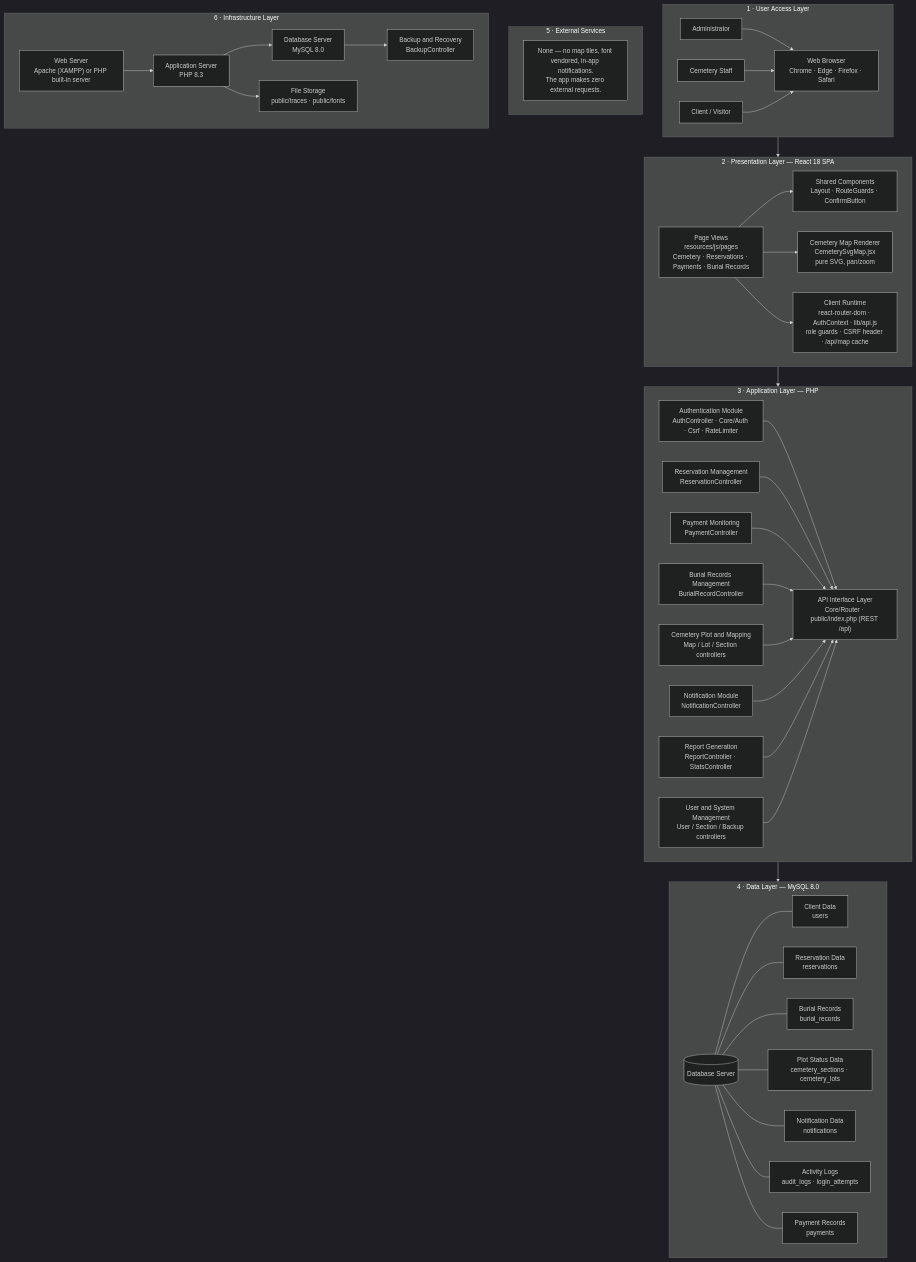
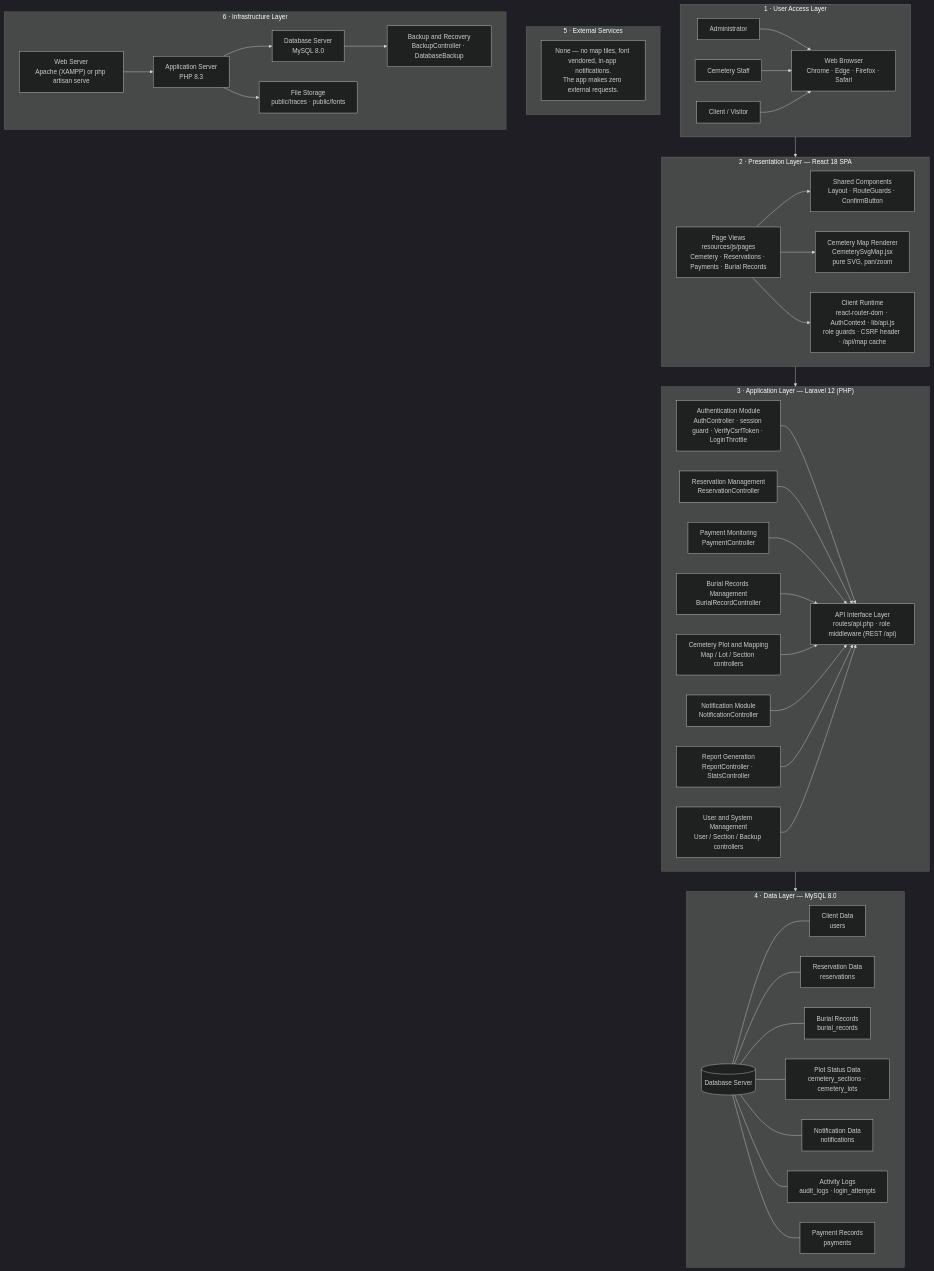
Before and after one commit to s0nprem0/capstone: the diagram in docs/architecture.md, drawn with Mermaid (dark theme). The commit also changed other lines of this file and 6 other files, not shown here.

```diff
--- a/docs/architecture.md
+++ b/docs/architecture.md
@@ -24,9 +24,9 @@
     P4["Client Runtime<br/>react-router-dom · AuthContext · lib/api.js<br/>role guards · CSRF header · /api/map cache"]
   end
 
-  subgraph L3["3 · Application Layer — PHP"]
+  subgraph L3["3 · Application Layer — Laravel 12 (PHP)"]
     direction LR
-    M1["Authentication Module<br/>AuthController · Core/Auth · Csrf · RateLimiter"]
+    M1["Authentication Module<br/>AuthController · session guard · VerifyCsrfToken · LoginThrottle"]
     M2["Reservation Management<br/>ReservationController"]
     M2b["Payment Monitoring<br/>PaymentController"]
     M3["Burial Records Management<br/>BurialRecordController"]
@@ -34,7 +34,7 @@
     M5["Notification Module<br/>NotificationController"]
     M6["Report Generation<br/>ReportController · StatsController"]
     M7["User and System Management<br/>User / Section / Backup controllers"]
-    M8["API Interface Layer<br/>Core/Router · public/index.php (REST /api)"]
+    M8["API Interface Layer<br/>routes/api.php · role middleware (REST /api)"]
   end
 
   subgraph L4["4 · Data Layer — MySQL 8.0"]
@@ -56,11 +56,11 @@
 
   subgraph L6["6 · Infrastructure Layer"]
     direction LR
-    I1["Web Server<br/>Apache (XAMPP) or PHP built-in server"]
+    I1["Web Server<br/>Apache (XAMPP) or php artisan serve"]
     I2["Application Server<br/>PHP 8.3"]
     I3["Database Server<br/>MySQL 8.0"]
     I4["File Storage<br/>public/traces · public/fonts"]
-    I5["Backup and Recovery<br/>BackupController"]
+    I5["Backup and Recovery<br/>BackupController · DatabaseBackup"]
   end
 
   A1 --> A4
```
